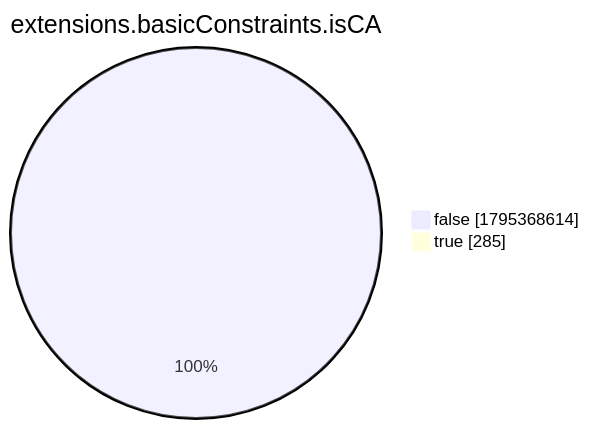
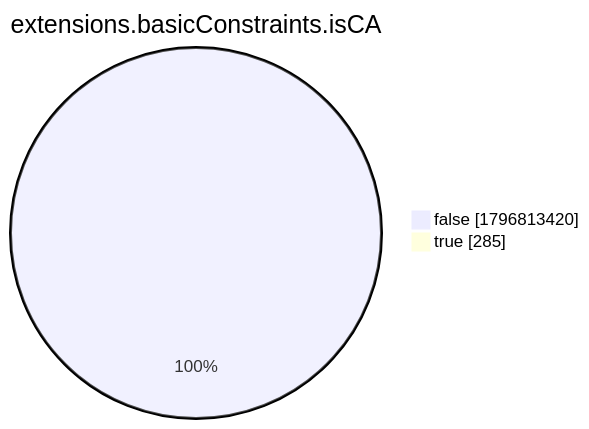
The eighth of 15 diagrams in xenon2022/README.md (christiankrug/ctmonitor_visualization), drawn with Mermaid before and after one commit. The commit also changed other lines of this file, not shown here.

````diff
--- a/xenon2022/README.md
+++ b/xenon2022/README.md
@@ -2868,6 +2868,6 @@
 ```mermaid
 pie showData
 title extensions.basicConstraints.isCA
-"false" :1795368614
+"false" :1796813420
 "true" :285
 ```
````
